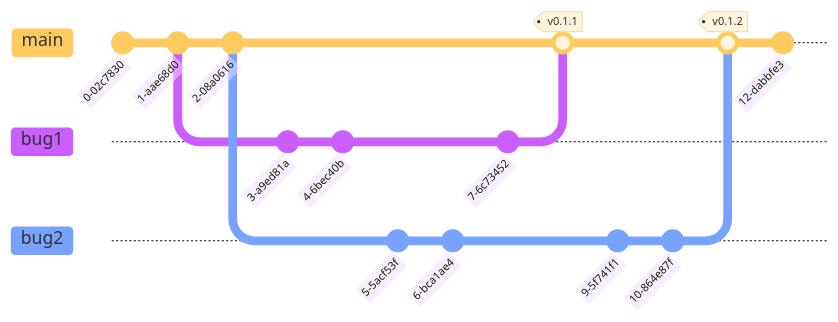
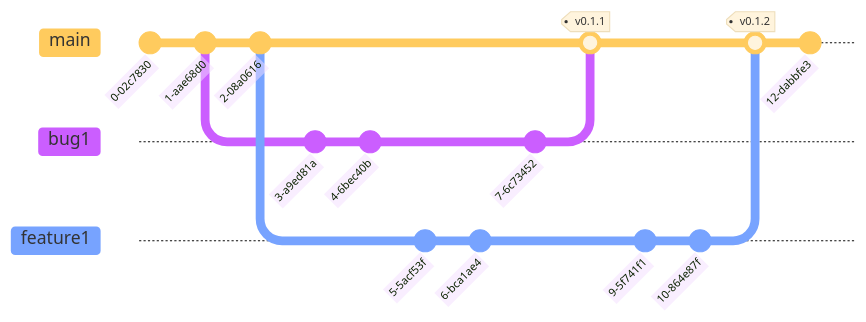
Before and after one commit to ns-rse/pre-commit: the diagram in index.qmd, drawn with Mermaid. The commit also changed other lines of this file, not shown here. Commit ids are hidden.

````diff
--- a/index.qmd
+++ b/index.qmd
@@ -92,28 +92,28 @@
 ```{mermaid}
 %%| fig-height: 2
 %%{init: { 'logLevel': 'debug', 'theme': 'base', 'gitGraph': {'showBranches': true,'showCommitLabel': true, 'rotateCommitLabel': true}} }%%
 gitGraph
     commit
     commit
     branch bug1
     checkout main
     commit
     checkout bug1
     commit
     commit
     checkout main
-    branch bug2
-    checkout bug2
+    branch feature1
+    checkout feature1
     commit
     commit
     checkout bug1
     commit
     checkout main
     merge bug1 tag: "v0.1.1"
-    checkout bug2
+    checkout feature1
     commit
     commit
     checkout main
-    merge bug2 tag: "v0.1.2"
+    merge feature1 tag: "v0.1.2"
     commit
 ```
````
